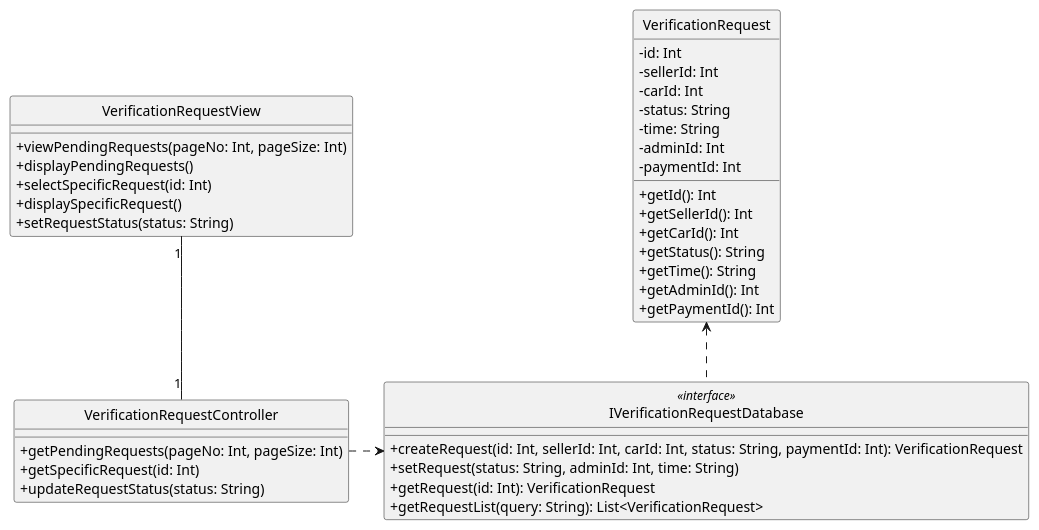
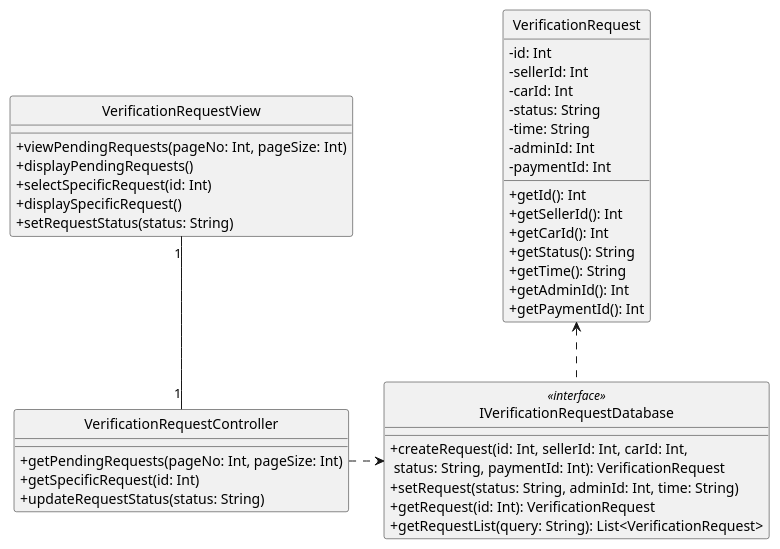
One commit to anhbanlinhle/velocity-exchange changed the diagram in uml/design/class/linh/approve_car_for_auction.puml. Above: the diagram before and after it, drawn with PlantUML. The commit also changed 5 other files, not shown here.

```diff
--- a/uml/design/class/linh/approve_car_for_auction.puml
+++ b/uml/design/class/linh/approve_car_for_auction.puml
@@ -1,53 +1,53 @@
 @startuml 
 skinparam classAttributeIconSize 0
 skinparam linetype ortho
 hide circle
 class VerificationRequestView {
     + viewPendingRequests(pageNo: Int, pageSize: Int)
     + displayPendingRequests()
     + selectSpecificRequest(id: Int)
     + displaySpecificRequest()
     + setRequestStatus(status: String)
 
     }
 
 class VerificationRequestController  {
     + getPendingRequests(pageNo: Int, pageSize: Int)
     + getSpecificRequest(id: Int)
     + updateRequestStatus(status: String)
 
     }
 
 class VerificationRequest {
     - id: Int
     - sellerId: Int
     - carId: Int
     - status: String
     - time: String
     - adminId: Int
     - paymentId: Int
 
     + getId(): Int
     + getSellerId(): Int
     + getCarId(): Int
     + getStatus(): String
     + getTime(): String
     + getAdminId(): Int
     + getPaymentId(): Int
     }
 
 class IVerificationRequestDatabase <<interface>> {
-    + createRequest(id: Int, sellerId: Int, carId: Int, status: String, paymentId: Int): VerificationRequest
+    + createRequest(id: Int, sellerId: Int, carId: Int,\n status: String, paymentId: Int): VerificationRequest
     + setRequest(status: String, adminId: Int, time: String)
     + getRequest(id: Int): VerificationRequest
     + getRequestList(query: String): List<VerificationRequest>
     }
 
 VerificationRequestView "1" -- "1" VerificationRequestController
 
 VerificationRequestController ..r> IVerificationRequestDatabase
 
 IVerificationRequestDatabase ..u> VerificationRequest
 
 
 @enduml
```
